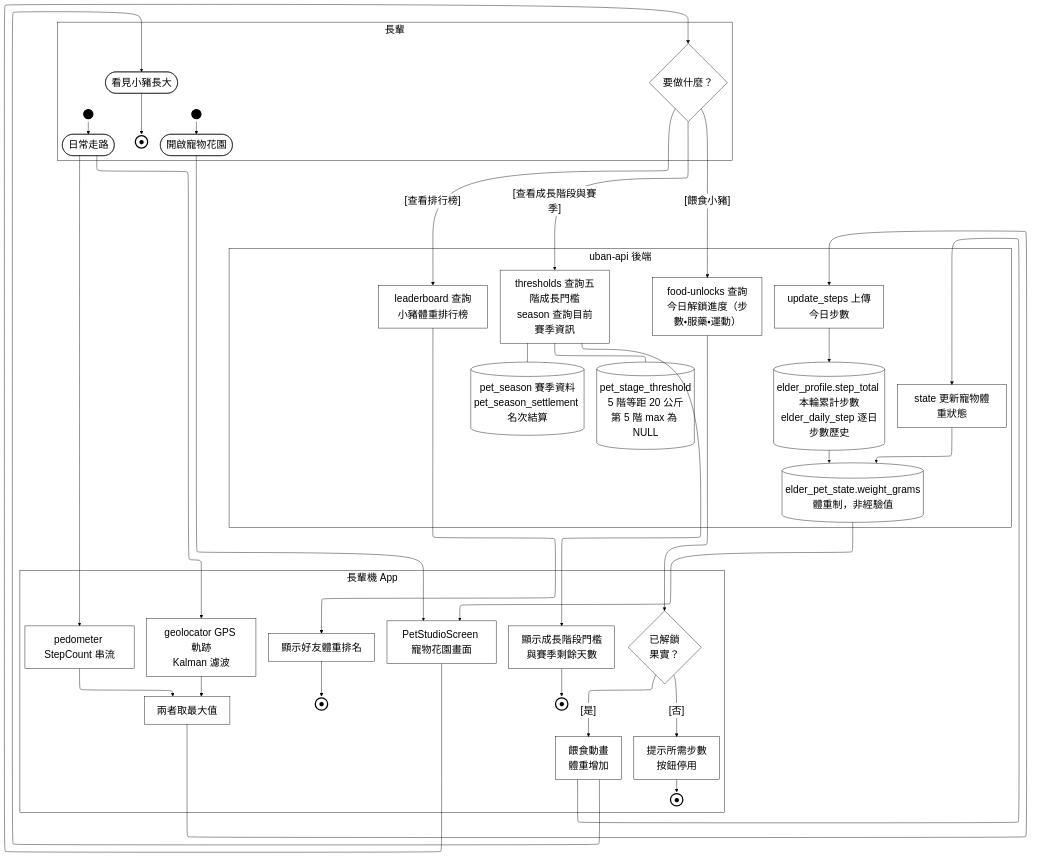
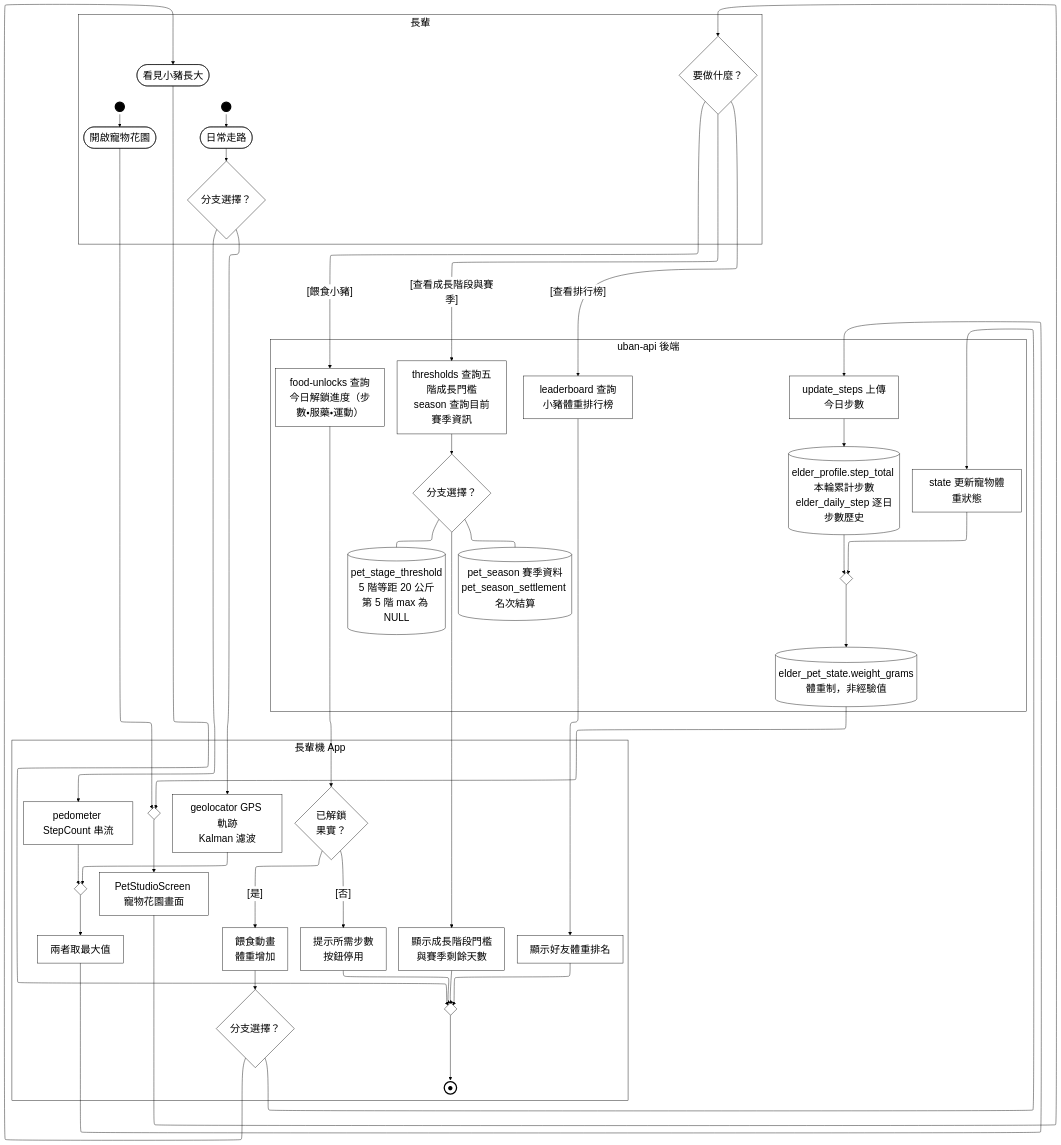
One commit to HuangYu-Kai/Uban changed the diagram in Uban System Documents/mermaid原始碼/A06-趣味養成.mmd. Above: the diagram before and after it, drawn with Mermaid. The commit also changed 226 other files, not shown here.

Commit message:
Complete system manual with updated diagrams, formatting, and natural language

```diff
--- a/Uban System Documents/mermaid原始碼/A06-趣味養成.mmd
+++ b/Uban System Documents/mermaid原始碼/A06-趣味養成.mmd
@@ -1,77 +1,87 @@
 %%{init:{"layout":"elk","elk":{"mergeEdges":false,"nodePlacementStrategy":"NETWORK_SIMPLEX"},"flowchart":{"htmlLabels":true},"themeVariables":{"clusterBkg":"#FFFFFF","clusterBorder":"#000000","edgeLabelBackground":"#FFFFFF","textColor":"#000000","nodeTextColor":"#000000","titleColor":"#000000","lineColor":"#000000","fontSize":"24px"}}}%%
 flowchart TD
+  %% 鎖住泳道順序：ELK 不照宣告順序排，沒有這條鏈後端會跑到最上面
   subgraph ROLE["長輩"]
     PAD_ROLE["&nbsp;&nbsp;&nbsp;&nbsp;&nbsp;&nbsp;&nbsp;&nbsp;&nbsp;&nbsp;&nbsp;&nbsp;&nbsp;&nbsp;&nbsp;&nbsp;&nbsp;&nbsp;&nbsp;&nbsp;&nbsp;&nbsp;&nbsp;&nbsp;&nbsp;&nbsp;&nbsp;&nbsp;&nbsp;&nbsp;&nbsp;&nbsp;&nbsp;&nbsp;&nbsp;&nbsp;&nbsp;&nbsp;&nbsp;&nbsp;&nbsp;&nbsp;&nbsp;&nbsp;&nbsp;&nbsp;&nbsp;&nbsp;&nbsp;&nbsp;&nbsp;&nbsp;&nbsp;&nbsp;&nbsp;&nbsp;&nbsp;&nbsp;&nbsp;&nbsp;&nbsp;&nbsp;&nbsp;&nbsp;&nbsp;&nbsp;&nbsp;&nbsp;&nbsp;&nbsp;&nbsp;&nbsp;&nbsp;&nbsp;&nbsp;&nbsp;&nbsp;&nbsp;&nbsp;&nbsp;&nbsp;&nbsp;&nbsp;&nbsp;&nbsp;&nbsp;&nbsp;&nbsp;&nbsp;&nbsp;&nbsp;&nbsp;&nbsp;&nbsp;&nbsp;&nbsp;&nbsp;&nbsp;&nbsp;&nbsp;&nbsp;&nbsp;&nbsp;&nbsp;&nbsp;&nbsp;&nbsp;&nbsp;&nbsp;&nbsp;&nbsp;&nbsp;&nbsp;&nbsp;&nbsp;&nbsp;&nbsp;&nbsp;&nbsp;&nbsp;&nbsp;&nbsp;&nbsp;&nbsp;&nbsp;&nbsp;&nbsp;&nbsp;&nbsp;&nbsp;&nbsp;&nbsp;&nbsp;&nbsp;&nbsp;&nbsp;&nbsp;&nbsp;&nbsp;&nbsp;&nbsp;&nbsp;"]:::pad
     ST_S1(("&nbsp;")):::term
     S1([日常走路]):::act
     ST_S2(("&nbsp;")):::term
     S2([開啟寵物花園]):::act
     S3{"要做什麼？"}:::dec
     S4(["看見小豬長大"]):::act
-    EN_S4(("●")):::endterm
+    D_S1{"分支選擇？"}:::dec
   end
   subgraph FE["長輩機 App"]
     P1["pedometer StepCount 串流"]:::act
     P2["geolocator GPS 軌跡<br/>Kalman 濾波"]:::act
     P3["兩者取最大值"]:::act
     A1["PetStudioScreen 寵物花園畫面"]:::act
     A2["顯示成長階段門檻<br/>與賽季剩餘天數"]:::act
-    EN_A2(("●")):::endterm
     A3["顯示好友體重排名"]:::act
-    EN_A3(("●")):::endterm
     A4{"已解鎖<br/>果實？"}:::dec
     A5["餵食動畫<br/>體重增加"]:::act
     A6["提示所需步數<br/>按鈕停用"]:::act
-    EN_A6(("●")):::endterm
+    D_A5{"分支選擇？"}:::dec
+    M_P3{" "}:::dec
+    M_A1{" "}:::dec
+    M_END{" "}:::dec
+    EN_ALL(("●")):::endterm
   end
   subgraph BE["uban-api 後端"]
     PAD_BE["&nbsp;&nbsp;&nbsp;&nbsp;&nbsp;&nbsp;&nbsp;&nbsp;&nbsp;&nbsp;&nbsp;&nbsp;&nbsp;&nbsp;&nbsp;&nbsp;&nbsp;&nbsp;&nbsp;&nbsp;&nbsp;&nbsp;&nbsp;&nbsp;&nbsp;&nbsp;&nbsp;&nbsp;&nbsp;&nbsp;&nbsp;&nbsp;&nbsp;&nbsp;&nbsp;&nbsp;&nbsp;&nbsp;"]:::pad
     B1["update_steps 上傳今日步數"]:::act
     B2["thresholds 查詢五階成長門檻<br/>season 查詢目前賽季資訊"]:::act
     B3["leaderboard 查詢小豬體重排行榜"]:::act
     B4["food-unlocks 查詢今日解鎖進度（步數・服藥・運動）"]:::act
     B5["state 更新寵物體重狀態"]:::act
     D1[("elder_profile.step_total 本輪累計步數<br/>elder_daily_step 逐日步數歷史")]:::act
     D2[("elder_pet_state.weight_grams<br/>體重制，非經驗值")]:::act
     D3[("pet_stage_threshold<br/>5 階等距 20 公斤<br/>第 5 階 max 為 NULL")]:::act
     D4[("pet_season 賽季資料<br/>pet_season_settlement 名次結算")]:::act
+    D_B2{"分支選擇？"}:::dec
+    M_D2{" "}:::dec
   end
 
   ST_S1 --> S1
   ST_S2 --> S2
-  S1 --> P1
-  P1 --> P3
-  S1 --> P2
-  P2 --> P3
+  D_S1 --> P1
+  P1 --> M_P3
+  D_S1 --> P2
+  P2 --> M_P3
   P3 --> B1
   B1 --> D1
-  D1 --> D2
-  S2 --> A1
+  D1 --> M_D2
+  S2 --> M_A1
   A1 --> S3
   S3 -->|"[查看成長階段與賽季]"| B2
-  B2 --> A2
-  B2 --- D3
-  B2 --- D4
+  D_B2 --> A2
+  D_B2 --- D3
+  D_B2 --- D4
   S3 -->|"[查看排行榜]"| B3
   B3 --> A3
   S3 -->|"[餵食小豬]"| B4
   B4 --> A4
   A4 -->|"[是]"| A5
-  A5 --> B5
-  B5 --> D2
+  D_A5 --> B5
+  B5 --> M_D2
   A4 -->|"[否]"| A6
-  A5 --> S4
-  D2 --> A1
-  S4 --> EN_S4
-  A2 --> EN_A2
-  A3 --> EN_A3
-  A6 --> EN_A6
-  %% 鎖住泳道順序：ELK 不照宣告順序排，沒有這條鏈後端會跑到最上面
+  D_A5 --> S4
+  D2 --> M_A1
+  S4 --> M_END
+  A2 --> M_END
+  A3 --> M_END
+  A6 --> M_END
+  S1 --> D_S1
+  B2 --> D_B2
+  A5 --> D_A5
+  M_P3 --> P3
+  M_D2 --> D2
+  M_A1 --> A1
+  M_END --> EN_ALL
   ROLE ~~~ FE ~~~ BE
-
   classDef pad  fill:none,stroke:none,color:#FFFFFF
   classDef act  fill:#FFFFFF,stroke:#000000,stroke-width:1px,color:#000000
   classDef dec  fill:#FFFFFF,stroke:#000000,stroke-width:1px,color:#000000
   classDef term fill:#000000,stroke:#000000,stroke-width:3px,color:#000000
   classDef endterm fill:#FFFFFF,stroke:#000000,stroke-width:3px,color:#000000
   classDef gap  fill:#FFFFFF,stroke:#000000,stroke-width:1px,color:#000000,stroke-dasharray:4 3
```
